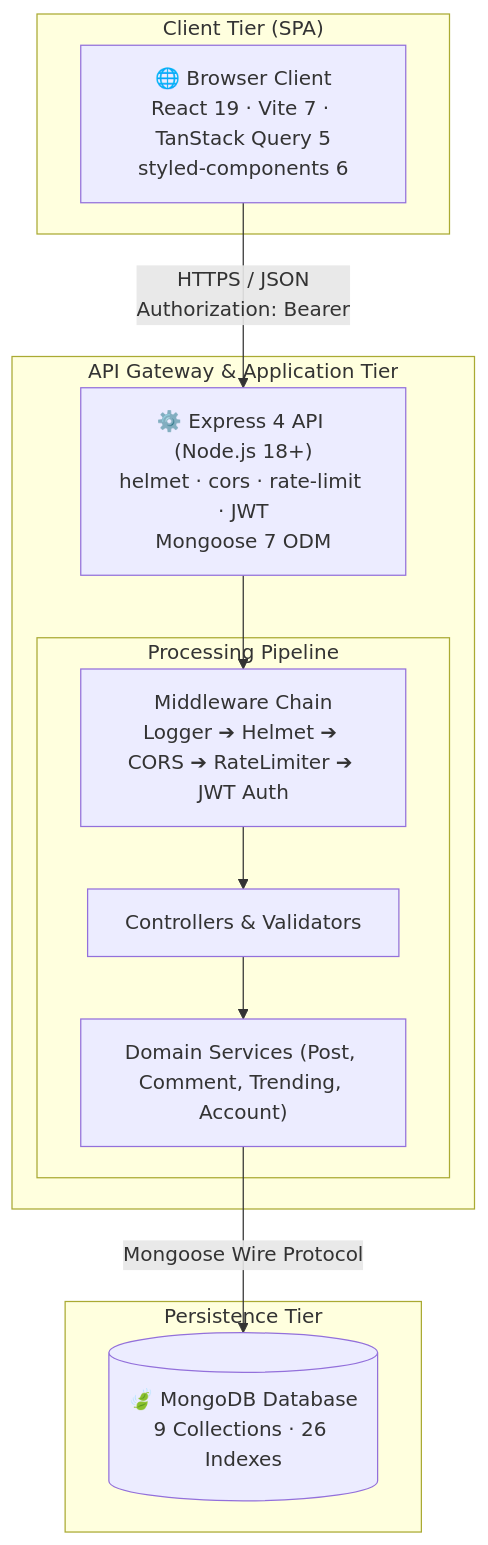
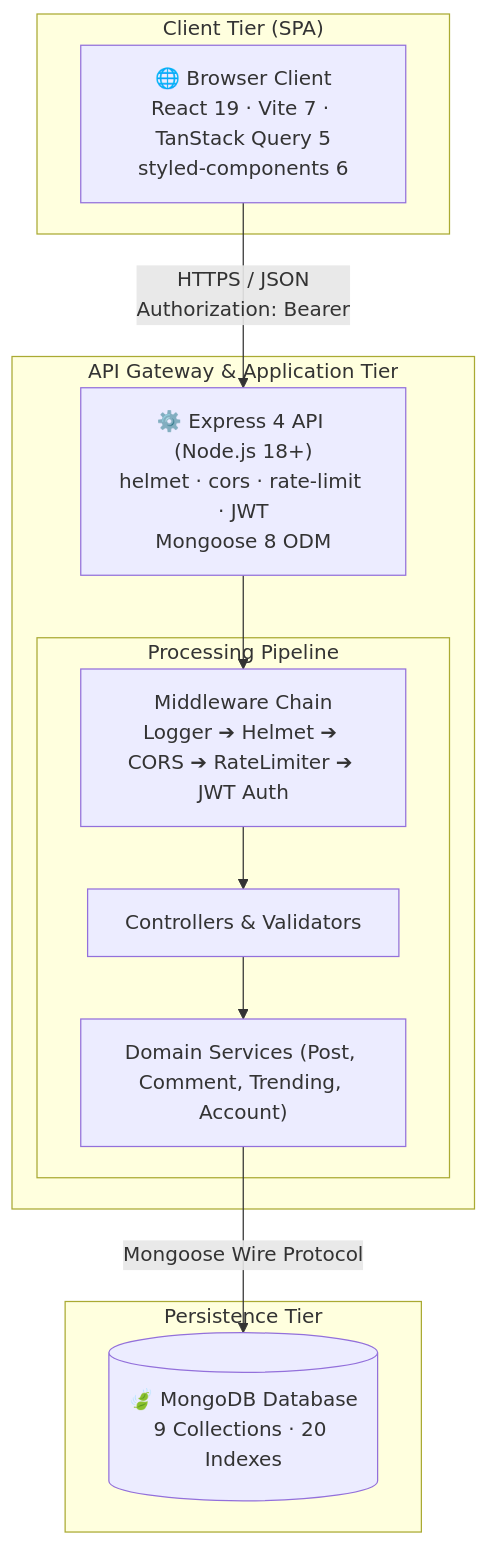
Before and after one commit to Purvesh-PJ/bloghub: the first of 3 diagrams in docs/architecture/overview.md, drawn with Mermaid. The commit also changed other lines of this file and 24 other files, not shown here.

````diff
--- a/docs/architecture/overview.md
+++ b/docs/architecture/overview.md
@@ -16,26 +16,26 @@
 ```mermaid
 flowchart TD
     subgraph ClientTier["Client Tier (SPA)"]
         Browser["🌐 Browser Client\nReact 19 · Vite 7 · TanStack Query 5\nstyled-components 6"]
     end
 
     subgraph APITier["API Gateway & Application Tier"]
-        ExpressApp["⚙️ Express 4 API (Node.js 18+)\nhelmet · cors · rate-limit · JWT\nMongoose 7 ODM"]
+        ExpressApp["⚙️ Express 4 API (Node.js 18+)\nhelmet · cors · rate-limit · JWT\nMongoose 8 ODM"]
 
         subgraph Pipeline["Processing Pipeline"]
             MW["Middleware Chain\nLogger ➔ Helmet ➔ CORS ➔ RateLimiter ➔ JWT Auth"]
             Controllers["Controllers & Validators"]
             Services["Domain Services (Post, Comment, Trending, Account)"]
         end
     end
 
     subgraph DataTier["Persistence Tier"]
-        MongoDB[("🍃 MongoDB Database\n9 Collections · 26 Indexes")]
+        MongoDB[("🍃 MongoDB Database\n9 Collections · 20 Indexes")]
     end
 
     Browser -- "HTTPS / JSON\nAuthorization: Bearer <JWT>" --> ExpressApp
     ExpressApp --> MW
     MW --> Controllers
     Controllers --> Services
     Services -- "Mongoose Wire Protocol" --> MongoDB
 ```
````
